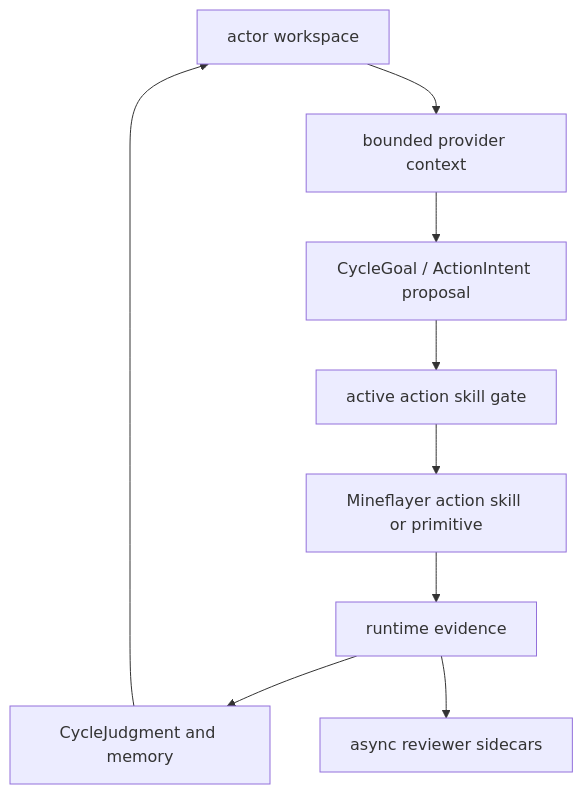
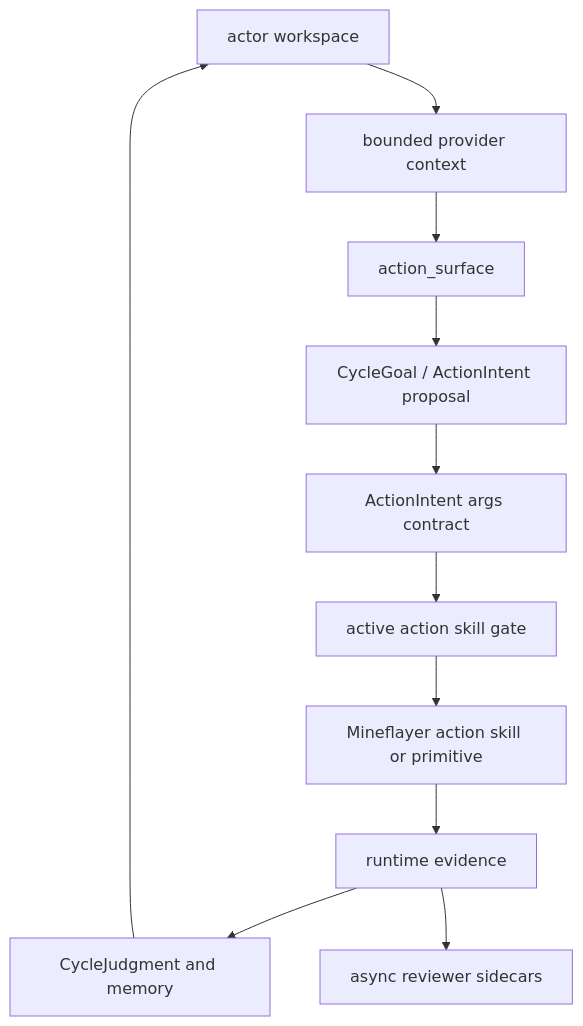
Before and after one commit to gigio1023/minecraft-llm-agent-community: the first of 2 diagrams in docs/docs/intro.md, drawn with Mermaid. The commit also changed other lines of this file and 62 other files, not shown here.

````diff
--- a/docs/docs/intro.md
+++ b/docs/docs/intro.md
@@ -39,20 +44,24 @@
 ```mermaid
 flowchart TD
   Workspace["actor workspace"]
   Context["bounded provider context"]
+  Surface["action_surface"]
   Proposal["CycleGoal / ActionIntent proposal"]
   Gate["active action skill gate"]
   Action["Mineflayer action skill or primitive"]
   Evidence["runtime evidence"]
+  Contract["ActionIntent args contract"]
   Judgment["CycleJudgment and memory"]
   Review["async reviewer sidecars"]
 
   Workspace --> Context
-  Context --> Proposal
-  Proposal --> Gate
+  Context --> Surface
+  Surface --> Proposal
+  Proposal --> Contract
+  Contract --> Gate
   Gate --> Action
   Action --> Evidence
   Evidence --> Judgment
   Judgment --> Workspace
   Evidence --> Review
 ```
````
